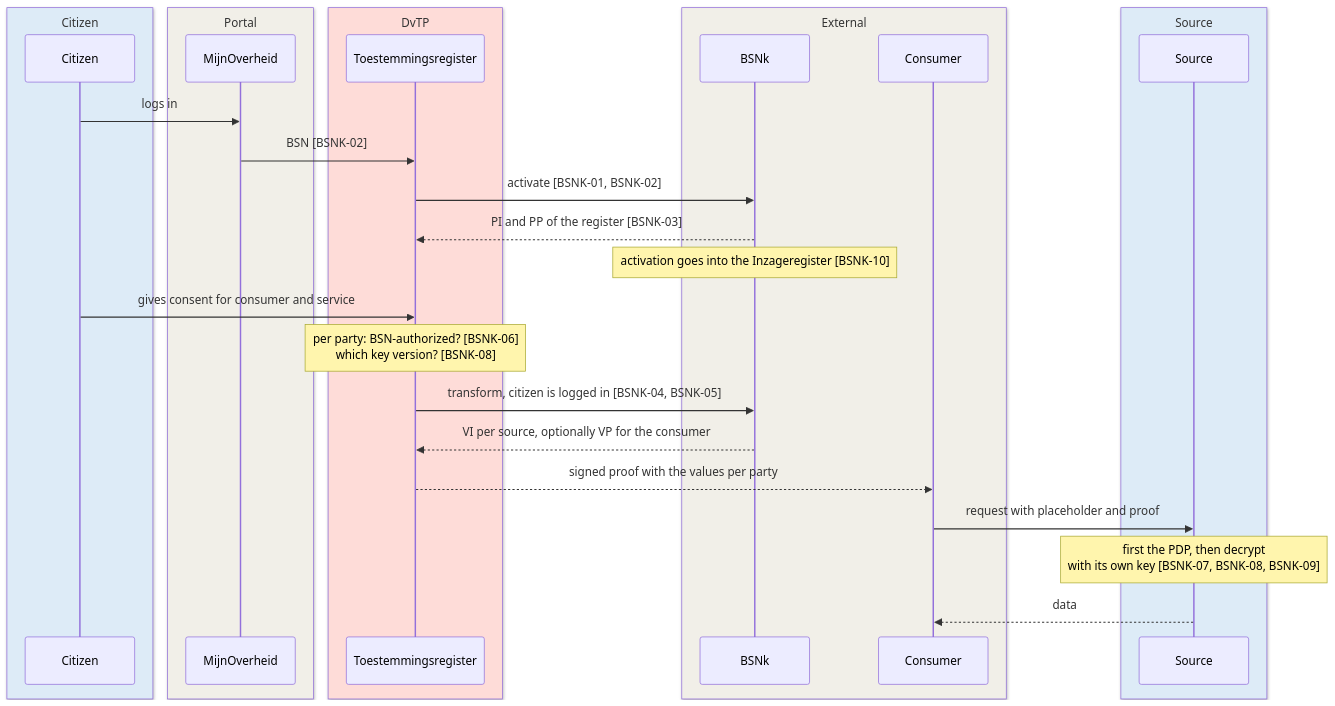
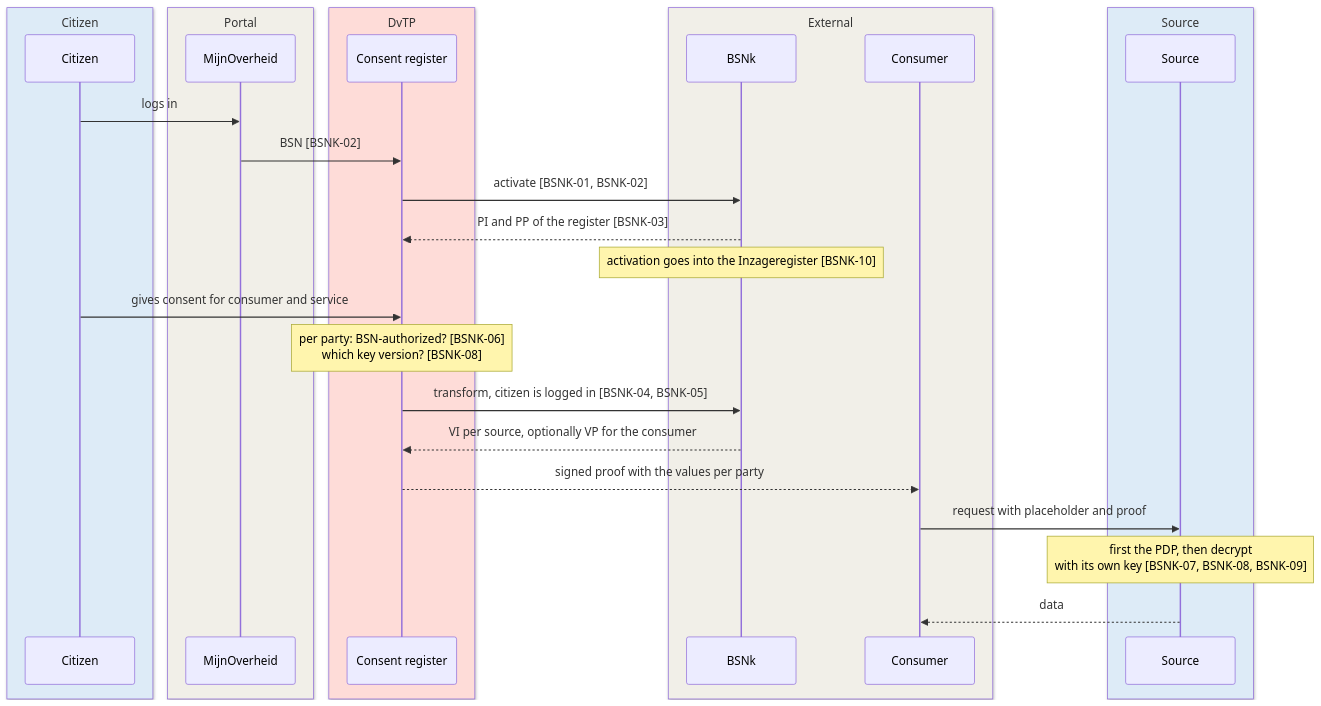
Before and after one commit to ICTU/GBO-TO: the first of 3 diagrams in docs/requirements/pseudonymization.md, drawn with Mermaid. The commit also changed other lines of this file and 82 other files, not shown here.

````diff
--- a/docs/requirements/pseudonymization.md
+++ b/docs/requirements/pseudonymization.md
@@ -645,33 +645,33 @@
 ```mermaid
 sequenceDiagram
     box rgb(221,235,247) Citizen
       participant B as Citizen
     end
     box rgb(241,239,232) Portal
       participant MO as MijnOverheid
     end
     box rgb(254,220,216) DvTP
-      participant TR as Toestemmingsregister
+      participant TR as Consent register
     end
     box rgb(241,239,232) External
       participant K as BSNk
       participant A as Consumer
     end
     box rgb(221,235,247) Source
       participant BR as Source
     end
 
     B->>MO: logs in
     MO->>TR: BSN [BSNK-02]
     TR->>K: activate [BSNK-01, BSNK-02]
     K-->>TR: PI and PP of the register [BSNK-03]
     Note over K: activation goes into the Inzageregister [BSNK-10]
     B->>TR: gives consent for consumer and service
     Note over TR: per party: BSN-authorized? [BSNK-06]<br/>which key version? [BSNK-08]
     TR->>K: transform, citizen is logged in [BSNK-04, BSNK-05]
     K-->>TR: VI per source, optionally VP for the consumer
     TR-->>A: signed proof with the values per party
     A->>BR: request with placeholder and proof
     Note over BR: first the PDP, then decrypt<br/>with its own key [BSNK-07, BSNK-08, BSNK-09]
     BR-->>A: data
 ```
````
